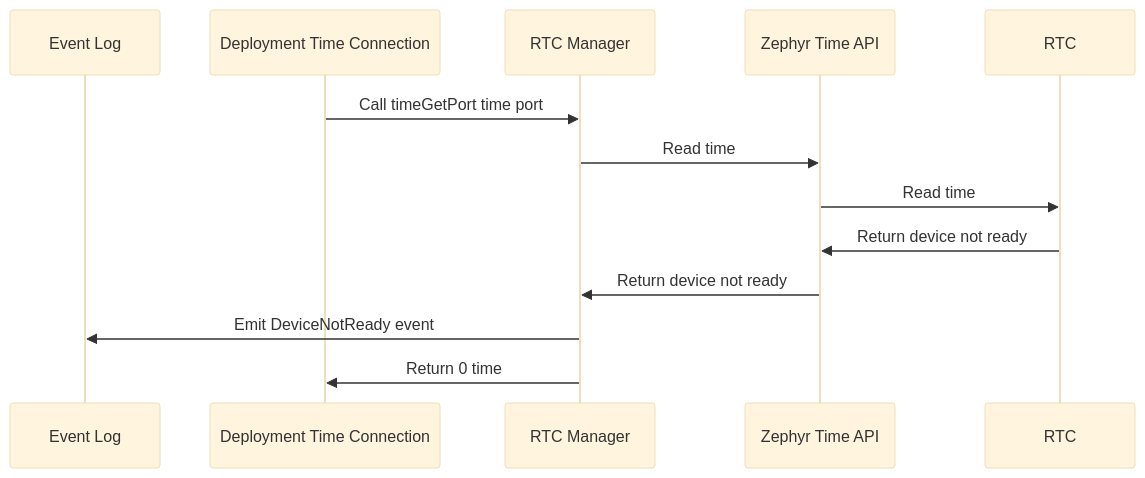
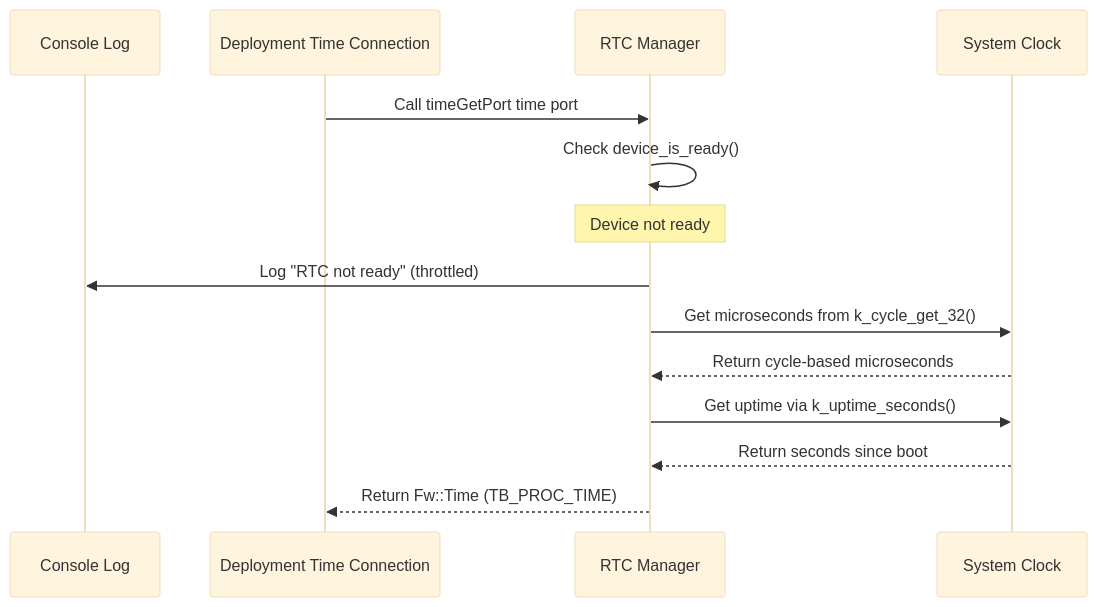
The third of 7 diagrams in FprimeZephyrReference/Components/Drv/RtcManager/docs/sdd.md (Open-Source-Space-Foundation/proves-core-reference), drawn with Mermaid (base theme) before and after one commit. The commit also changed other lines of this file, not shown here.

````diff
--- a/FprimeZephyrReference/Components/Drv/RtcManager/docs/sdd.md
+++ b/FprimeZephyrReference/Components/Drv/RtcManager/docs/sdd.md
@@ -97,15 +117,16 @@
 ```mermaid
 sequenceDiagram
-    participant Event Log
+    participant Console Log
     participant Deployment Time Connection
     participant RTC Manager
-    participant Zephyr Time API
-    participant RTC
+    participant System Clock
     Deployment Time Connection->>RTC Manager: Call timeGetPort time port
-    RTC Manager->>Zephyr Time API: Read time
-    Zephyr Time API->>RTC: Read time
-    RTC->>Zephyr Time API: Return device not ready
-    Zephyr Time API->>RTC Manager: Return device not ready
-    RTC Manager->>Event Log: Emit DeviceNotReady event
-    RTC Manager->>Deployment Time Connection: Return 0 time
+    RTC Manager->>RTC Manager: Check device_is_ready()
+    Note over RTC Manager: Device not ready
+    RTC Manager->>Console Log: Log "RTC not ready" (throttled)
+    RTC Manager->>System Clock: Get microseconds from k_cycle_get_32()
+    System Clock-->>RTC Manager: Return cycle-based microseconds
+    RTC Manager->>System Clock: Get uptime via k_uptime_seconds()
+    System Clock-->>RTC Manager: Return seconds since boot
+    RTC Manager-->>Deployment Time Connection: Return Fw::Time (TB_PROC_TIME)
 ```
````
